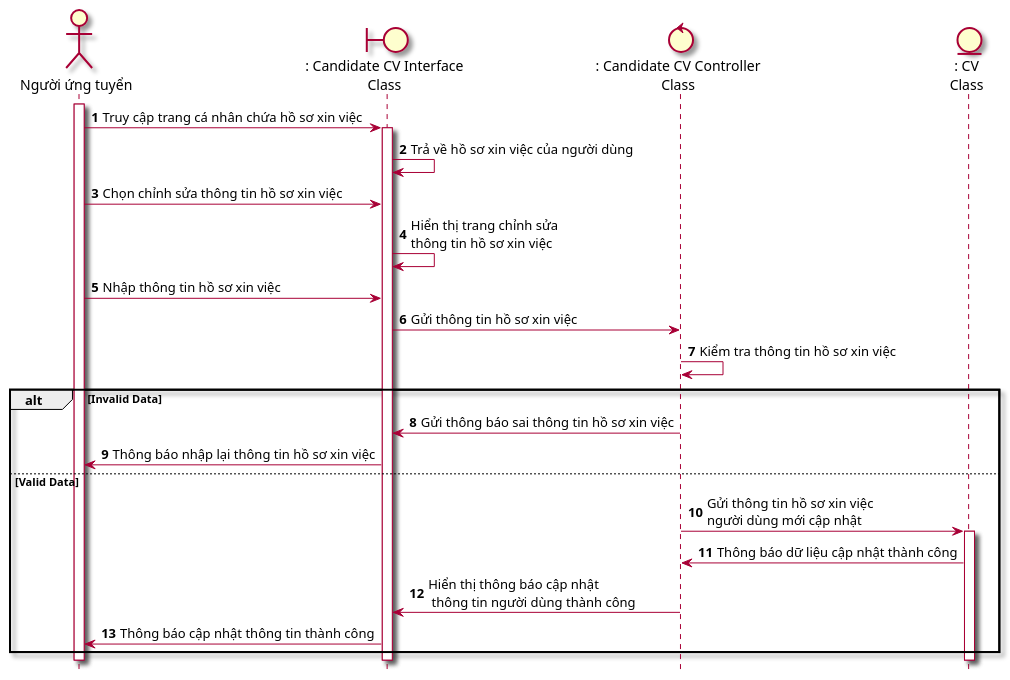
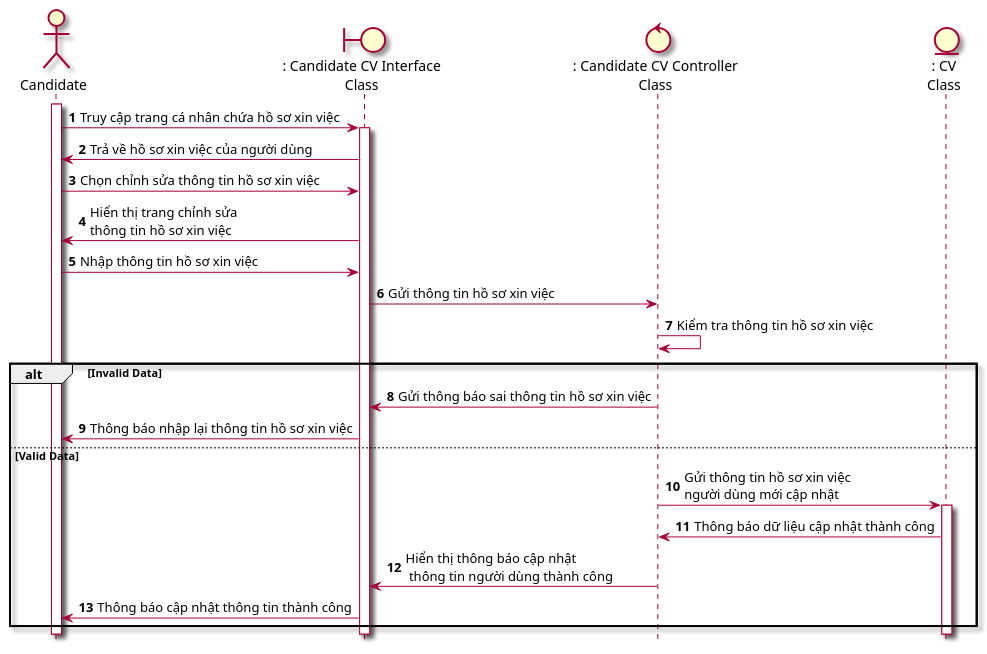
The diagram in Lab1/Lab 1.2 Diagram/Sequence/FilePUML/6.2 SeqQuanLyHoSoXinViec.puml (Griselda4774/EAS-EmploymentAssistanceSystem), drawn with PlantUML before and after one commit. The commit also changed 12 other files, not shown here.

```diff
--- a/Lab1/Lab 1.2 Diagram/Sequence/FilePUML/6.2 SeqQuanLyHoSoXinViec.puml
+++ b/Lab1/Lab 1.2 Diagram/Sequence/FilePUML/6.2 SeqQuanLyHoSoXinViec.puml
@@ -1,26 +1,26 @@
 @startuml SeqQuanLyHoSoXinViec
 skin rose
 hide footbox
-actor nguoiUngTuyen as "Người ứng tuyển"
+actor candidate as "Candidate"
 boundary candidateInterface as ": Candidate CV Interface\nClass"
 control cVController as ": Candidate CV Controller\nClass"
 entity CV as ": CV\nClass"
 autonumber
-nguoiUngTuyen++
-nguoiUngTuyen-> candidateInterface++: Truy cập trang cá nhân chứa hồ sơ xin việc
-candidateInterface->candidateInterface: Trả về hồ sơ xin việc của người dùng
-nguoiUngTuyen-> candidateInterface: Chọn chỉnh sửa thông tin hồ sơ xin việc
-candidateInterface-> candidateInterface: Hiển thị trang chỉnh sửa\nthông tin hồ sơ xin việc
-nguoiUngTuyen -> candidateInterface: Nhập thông tin hồ sơ xin việc
+candidate++
+candidate-> candidateInterface++: Truy cập trang cá nhân chứa hồ sơ xin việc
+candidateInterface->candidate: Trả về hồ sơ xin việc của người dùng
+candidate-> candidateInterface: Chọn chỉnh sửa thông tin hồ sơ xin việc
+candidateInterface-> candidate: Hiển thị trang chỉnh sửa\nthông tin hồ sơ xin việc
+candidate -> candidateInterface: Nhập thông tin hồ sơ xin việc
 candidateInterface->cVController: Gửi thông tin hồ sơ xin việc
 cVController->cVController: Kiểm tra thông tin hồ sơ xin việc
 alt Invalid Data
 cVController->candidateInterface: Gửi thông báo sai thông tin hồ sơ xin việc
-candidateInterface -> nguoiUngTuyen: Thông báo nhập lại thông tin hồ sơ xin việc
+candidateInterface -> candidate: Thông báo nhập lại thông tin hồ sơ xin việc
 else Valid Data
 cVController -> CV++: Gửi thông tin hồ sơ xin việc \nngười dùng mới cập nhật
 CV -> cVController: Thông báo dữ liệu cập nhật thành công
 cVController -> candidateInterface: Hiển thị thông báo cập nhật\n thông tin người dùng thành công
-candidateInterface -> nguoiUngTuyen: Thông báo cập nhật thông tin thành công
+candidateInterface -> candidate: Thông báo cập nhật thông tin thành công
 end
 @enduml
```
